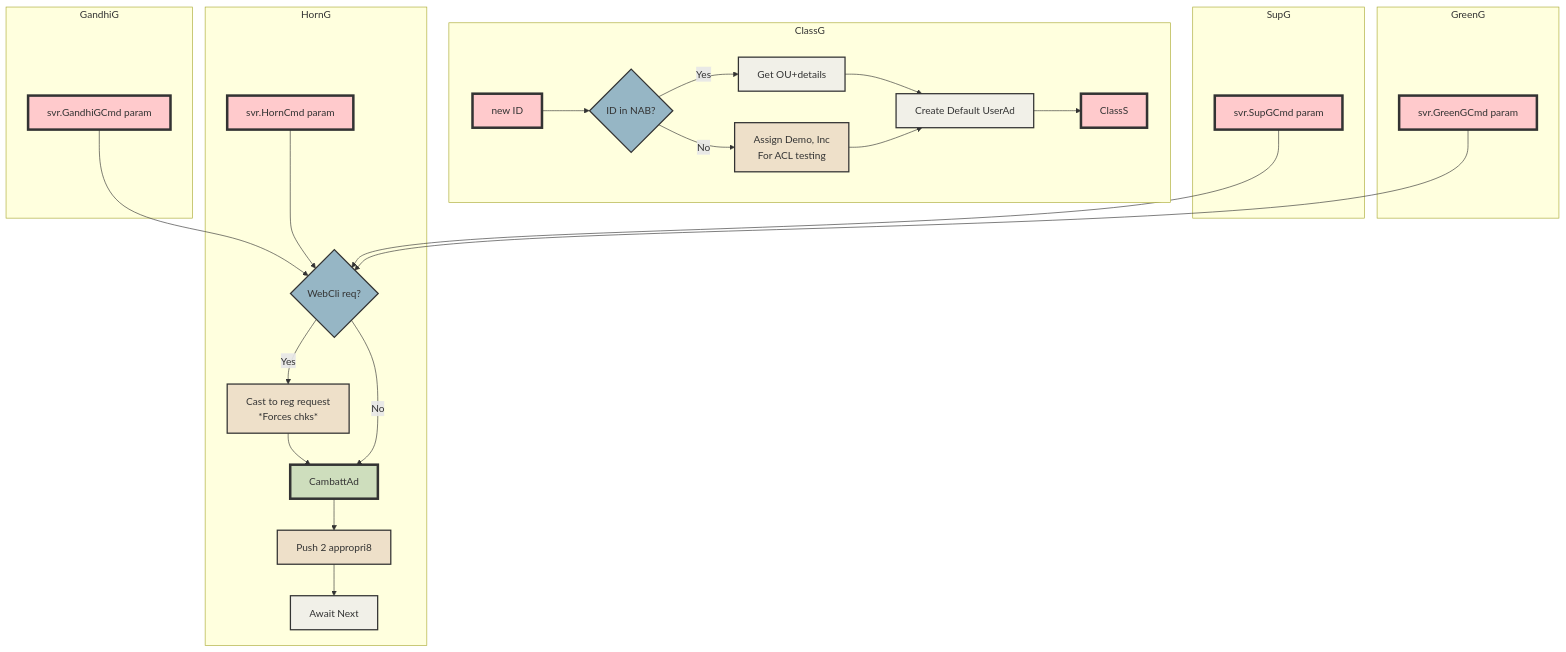
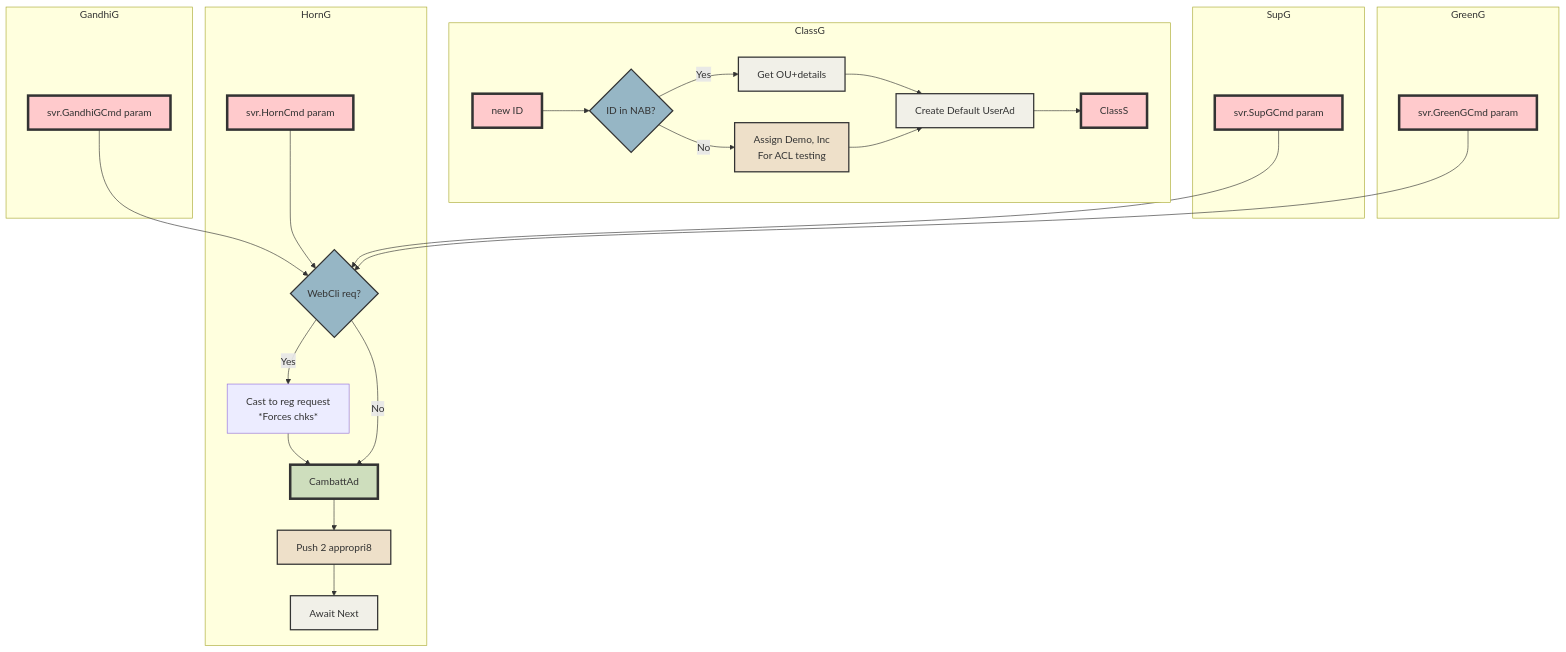
The fifth of 7 diagrams in Notes.md (TrivediEnterprisesInc/TrivediEnterprisesInc.github.io), drawn with Mermaid before and after one commit. The commit also changed other lines of this file, not shown here.

````diff
--- a/Notes.md
+++ b/Notes.md
@@ -508,46 +508,48 @@
 ```mermaid
 graph TB
     classDef red  fill:#FFCACC,stroke:#333,stroke-width:4px
     classDef ltBrn fill:#EEE0C9,stroke:#333,stroke-width:2px
+    classDef ltBrnD fill:#EEE0C9,stroke:#333,stroke-width:4px,stroke-dasharray: 5 5
     classDef offWhite fill:#F1F0E8,stroke:#333,stroke-width:2px
     classDef drkBlue fill:#96B6C5,stroke:#333,stroke-width:2px
     classDef ltBlue fill:#ADC4CE,stroke:#333,stroke-width:2px
     classDef green  fill:#CEDEBD,stroke:#333,stroke-width:4px
     subgraph ClassG
     a1[new ID]-->a2{ID in NAB?}
     a2-->|Yes|a3[Get OU+details]
     a2-->|No|a4[Assign Demo, Inc<br>For ACL testing]
     a3-->a5[Create Default UserAd]
     a4-->a5
     a5-->a6[ClassS]
     class a3,a5 offWhite
     class a4 ltBrn
     class a2 drkBlue
     class a1,a6 red
     end
     subgraph HornG
     hg1[svr.HornCmd param]-->hgWeb{WebCli req?}
     hgWeb-->|Yes|hgWeb1[Cast to reg request<br>*Forces chks*]
     hgWeb-->|No|hg2
     hgWeb1-->hg2[CambattAd]
     hg2-->hg3[Push 2 appropri8]
     hg3-->hg4[Await Next]
     class hg4 offWhite
     class hgWeb drkBlue
-    class hgWeb1,hg3 ltBrn
+    class hg3 ltBrn
+    class hgweb1 ltBrnD
     class hg2 green
     class hg1 red
     end
     subgraph GandhiG
     gg1[svr.GandhiGCmd param]-->hgWeb
     class gg1 red
     end
     subgraph SupG
     sg1[svr.SupGCmd param]-->hgWeb
     class sg1 red
     end   
     subgraph GreenG
     grg1[svr.GreenGCmd param]-->hgWeb
     class grg1 red
     end
 ```
````
